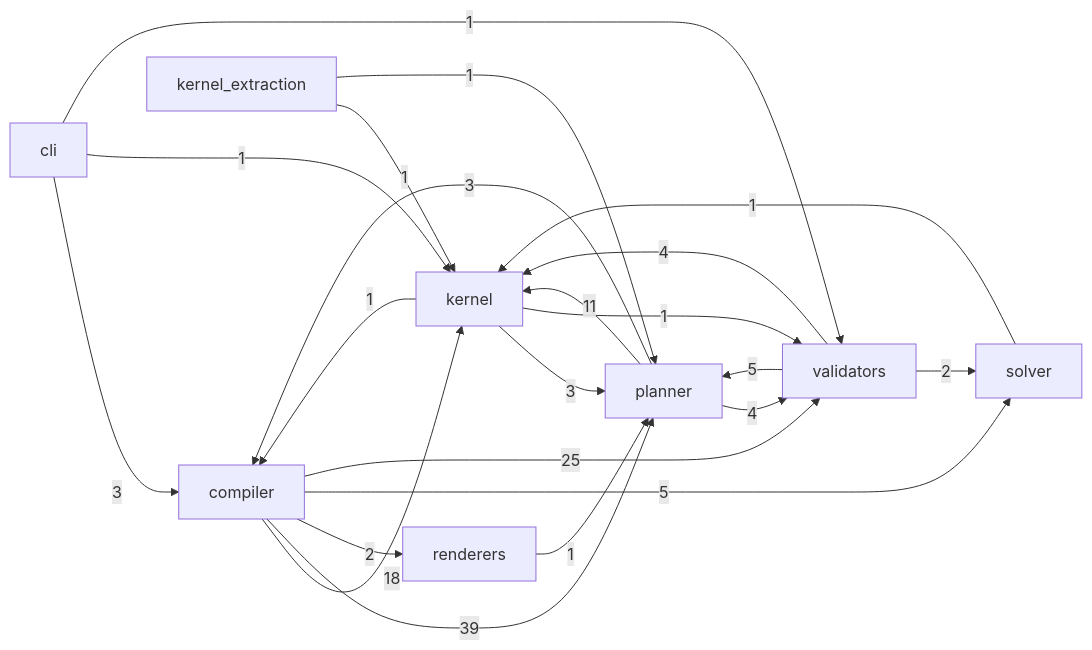
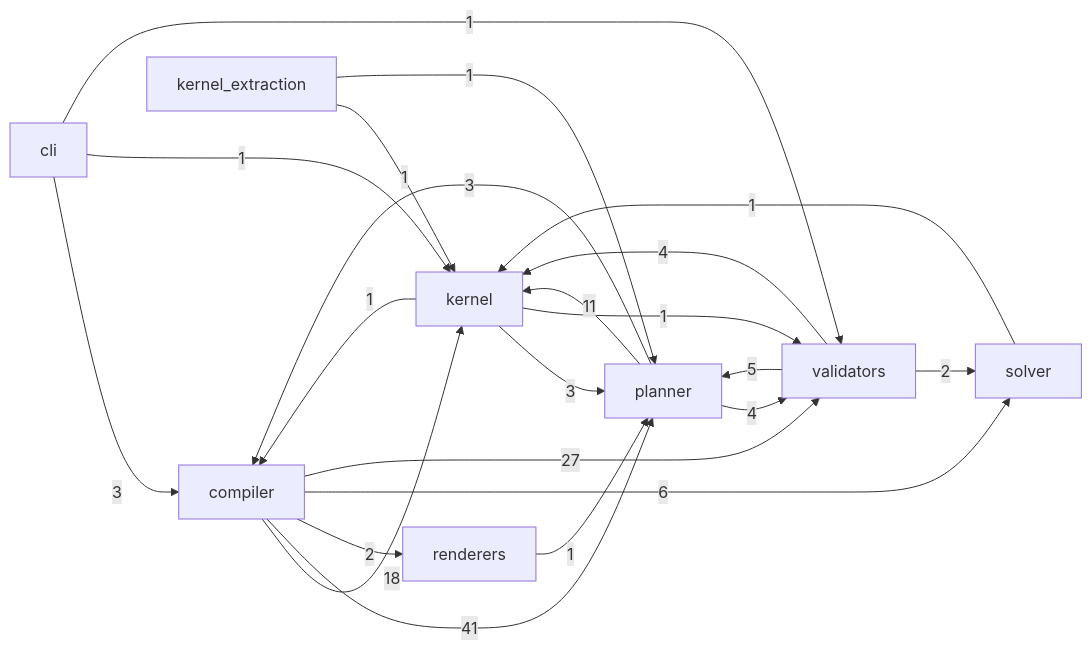
Before and after one commit to Kingsley-Cyber/cinematic-compiler-core: the diagram in docs/reference/code.md, drawn with Mermaid. The commit also changed other lines of this file and 45 other files, not shown here.

````diff
--- a/docs/reference/code.md
+++ b/docs/reference/code.md
@@ -15,24 +15,24 @@
 ```mermaid
 flowchart LR
   cli -->|3| compiler
   cli -->|1| kernel
   cli -->|1| validators
   compiler -->|18| kernel
-  compiler -->|39| planner
+  compiler -->|41| planner
   compiler -->|2| renderers
-  compiler -->|5| solver
-  compiler -->|25| validators
+  compiler -->|6| solver
+  compiler -->|27| validators
   kernel -->|1| compiler
   kernel -->|3| planner
   kernel -->|1| validators
   kernel_extraction -->|1| kernel
   kernel_extraction -->|1| planner
   planner -->|3| compiler
   planner -->|11| kernel
   planner -->|4| validators
   renderers -->|1| planner
   solver -->|1| kernel
   validators -->|4| kernel
   validators -->|5| planner
   validators -->|2| solver
 ```
````
